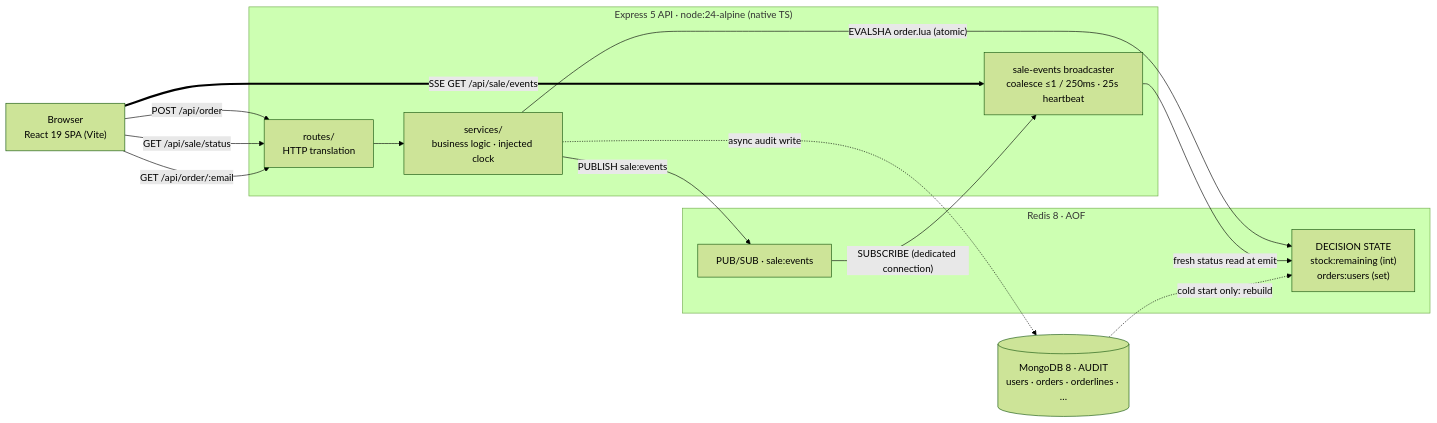
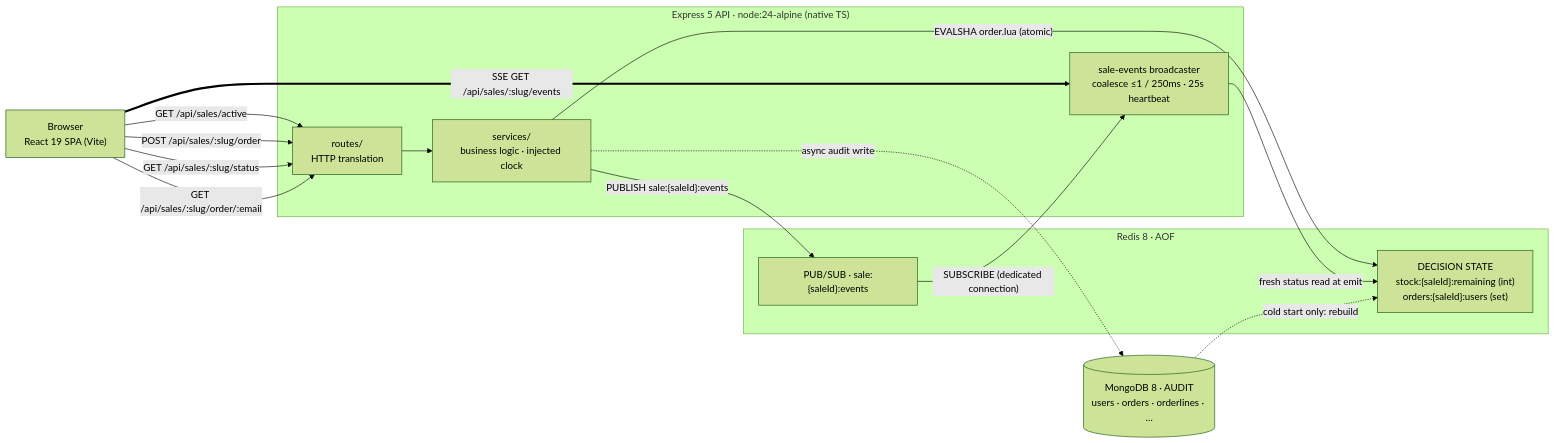
Before and after one commit to mjenh/flash-sale: the diagram in README.md, drawn with Mermaid (forest theme). The commit also changed other lines of this file and 1 other file, not shown here.

Commit message:
docs(architecture): align with shipped code

````diff
--- a/README.md
+++ b/README.md
@@ -26,29 +26,30 @@
 ```mermaid
 flowchart LR
     Browser["Browser<br/>React 19 SPA (Vite)"]
 
     subgraph API["Express 5 API · node:24-alpine (native TS)"]
         Routes["routes/<br/>HTTP translation"]
         Services["services/<br/>business logic · injected clock"]
         Broadcaster["sale-events broadcaster<br/>coalesce ≤1 / 250ms · 25s heartbeat"]
     end
 
     subgraph Redis["Redis 8 · AOF"]
-        Decision["DECISION STATE<br/>stock:remaining (int)<br/>orders:users (set)"]
-        Channel["PUB/SUB · sale:events"]
+        Decision["DECISION STATE<br/>stock:{saleId}:remaining (int)<br/>orders:{saleId}:users (set)"]
+        Channel["PUB/SUB · sale:{saleId}:events"]
     end
 
     Mongo[("MongoDB 8 · AUDIT<br/>users · orders · orderlines · …")]
 
-    Browser -- "POST /api/order" --> Routes
-    Browser -- "GET /api/sale/status" --> Routes
-    Browser -- "GET /api/order/:email" --> Routes
-    Browser == "SSE GET /api/sale/events" ==> Broadcaster
+    Browser -- "GET /api/sales/active" --> Routes
+    Browser -- "POST /api/sales/:slug/order" --> Routes
+    Browser -- "GET /api/sales/:slug/status" --> Routes
+    Browser -- "GET /api/sales/:slug/order/:email" --> Routes
+    Browser == "SSE GET /api/sales/:slug/events" ==> Broadcaster
     Routes --> Services
     Services -- "EVALSHA order.lua (atomic)" --> Decision
     Services -. "async audit write" .-> Mongo
-    Services -- "PUBLISH sale:events" --> Channel
+    Services -- "PUBLISH sale:{saleId}:events" --> Channel
     Channel -- "SUBSCRIBE (dedicated connection)" --> Broadcaster
     Broadcaster -- "fresh status read at emit" --> Decision
     Mongo -. "cold start only: rebuild" .-> Decision
 ```
````
